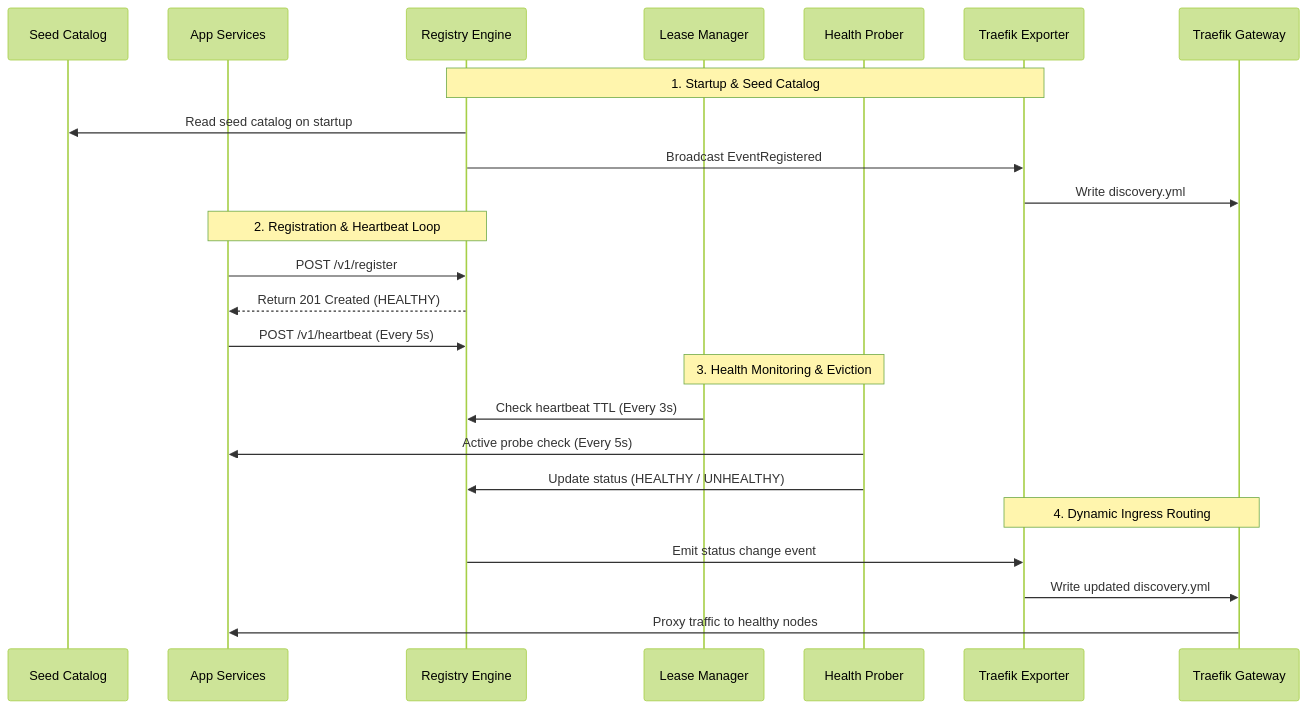
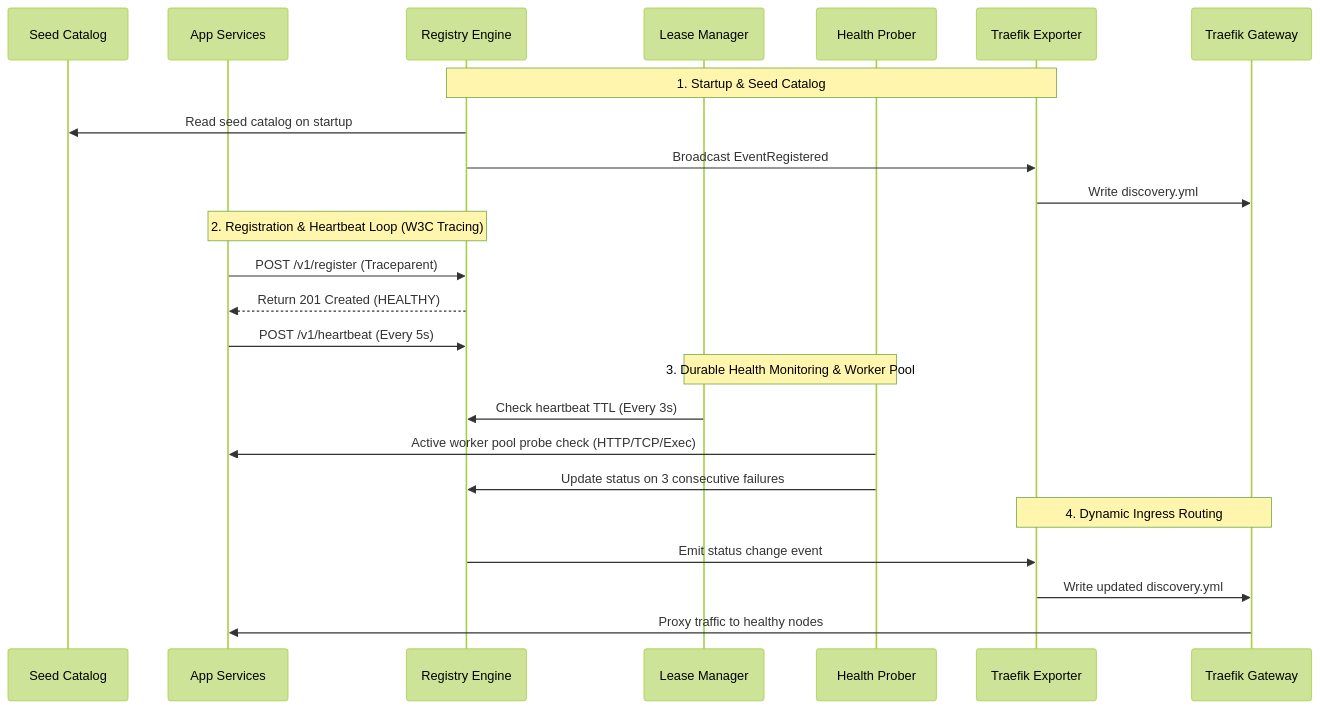
One commit to Chief-Strategist-J/llm-observability-platform changed the second of 6 diagrams in packages/configs/llm-obs-infra/docs/architectureDoc/adr-0009-service-registry-and-discovery.md. Above: the diagram before and after it, drawn with Mermaid (forest theme). The commit also changed other lines of this file and 10 other files, not shown here.

Commit message:
feat(infra): add durable prober thresholds, OpenTelemetry tracing, worker pool concurrency, and data-driven router table

````diff
--- a/packages/configs/llm-obs-infra/docs/architectureDoc/adr-0009-service-registry-and-discovery.md
+++ b/packages/configs/llm-obs-infra/docs/architectureDoc/adr-0009-service-registry-and-discovery.md
@@ -109,30 +109,30 @@
 ```mermaid
 sequenceDiagram
     participant Catalog as Seed Catalog
     participant App as App Services
     participant Reg as Registry Engine
     participant Lease as Lease Manager
     participant Probe as Health Prober
     participant Exporter as Traefik Exporter
     participant Traefik as Traefik Gateway
 
     Note over Reg, Exporter: 1. Startup & Seed Catalog
     Reg->>Catalog: Read seed catalog on startup
     Reg->>Exporter: Broadcast EventRegistered
     Exporter->>Traefik: Write discovery.yml
 
-    Note over App, Reg: 2. Registration & Heartbeat Loop
-    App->>Reg: POST /v1/register
+    Note over App, Reg: 2. Registration & Heartbeat Loop (W3C Tracing)
+    App->>Reg: POST /v1/register (Traceparent)
     Reg-->>App: Return 201 Created (HEALTHY)
     App->>Reg: POST /v1/heartbeat (Every 5s)
 
-    Note over Lease, Probe: 3. Health Monitoring & Eviction
+    Note over Lease, Probe: 3. Durable Health Monitoring & Worker Pool
     Lease->>Reg: Check heartbeat TTL (Every 3s)
-    Probe->>App: Active probe check (Every 5s)
-    Probe->>Reg: Update status (HEALTHY / UNHEALTHY)
+    Probe->>App: Active worker pool probe check (HTTP/TCP/Exec)
+    Probe->>Reg: Update status on 3 consecutive failures
 
     Note over Exporter, Traefik: 4. Dynamic Ingress Routing
     Reg->>Exporter: Emit status change event
     Exporter->>Traefik: Write updated discovery.yml
     Traefik->>App: Proxy traffic to healthy nodes
 ```
````
